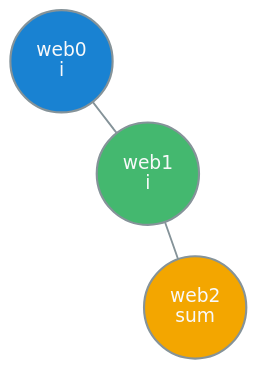
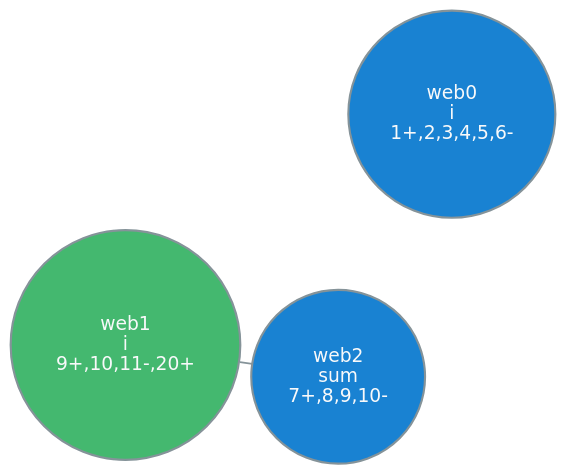
Before and after one commit to AlexDTT/CompilerRegisterAllocationProject: the diagram in dox/example_basic.dot, drawn with Graphviz. The commit also changed 40 other files, not shown here.

```diff
--- a/dox/example_basic.dot
+++ b/dox/example_basic.dot
@@ -1,14 +1,13 @@
 graph basic_example {
     layout=neato;
     overlap=false;
     bgcolor="transparent";
     node [shape=circle, style=filled, fontname="DejaVu Sans", fontcolor="#f8f9fa", color="#859399", penwidth=1.6];
     edge [color="#859399", penwidth=1.4];
 
-    web0 [label="web0\ni", fillcolor="#1982d2"];
-    web1 [label="web1\ni", fillcolor="#44b86f"];
-    web2 [label="web2\nsum", fillcolor="#f3a600"];
+    web0 [label="web0\ni\n1+,2,3,4,5,6-", fillcolor="#1982d2"];
+    web1 [label="web1\ni\n9+,10,11-,20+", fillcolor="#44b86f"];
+    web2 [label="web2\nsum\n7+,8,9,10-", fillcolor="#1982d2"];
 
-    web0 -- web1;
     web1 -- web2;
 }
```
